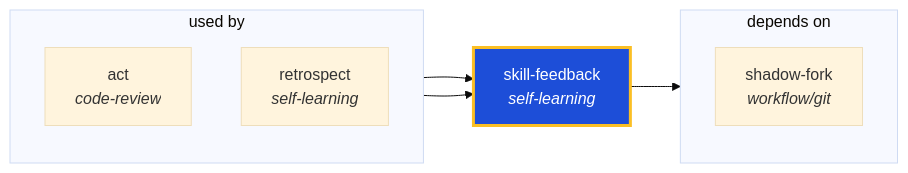
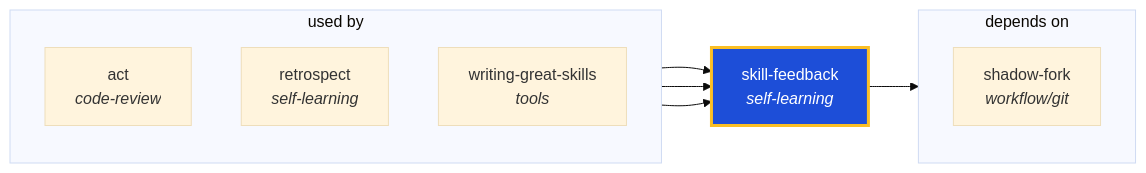
Before and after one commit to ThePlenkov/skills: the diagram in docs/graphs/generated/skill-feedback.md, drawn with Mermaid (base theme). The commit also changed other lines of this file and 76 other files, not shown here.

````diff
--- a/docs/graphs/generated/skill-feedback.md
+++ b/docs/graphs/generated/skill-feedback.md
@@ -22,20 +22,22 @@
 ```mermaid
 graph LR
   skill_feedback["skill-feedback<br/><i>self-learning</i>"]
   classDef center fill:#1d4ed8,stroke:#fbbf24,stroke-width:3px,color:#fff
   class skill_feedback center
 
   subgraph sg_used_by["used by"]
     direction TB
     act["act<br/><i>code-review</i>"]
     retrospect["retrospect<br/><i>self-learning</i>"]
+    writing_great_skills["writing-great-skills<br/><i>tools</i>"]
   end
   act --> skill_feedback
   retrospect --> skill_feedback
+  writing_great_skills --> skill_feedback
 
   subgraph sg_depends_on["depends on"]
     direction TB
     shadow_fork["shadow-fork<br/><i>workflow/git</i>"]
   end
   skill_feedback --> shadow_fork
 ```
````
